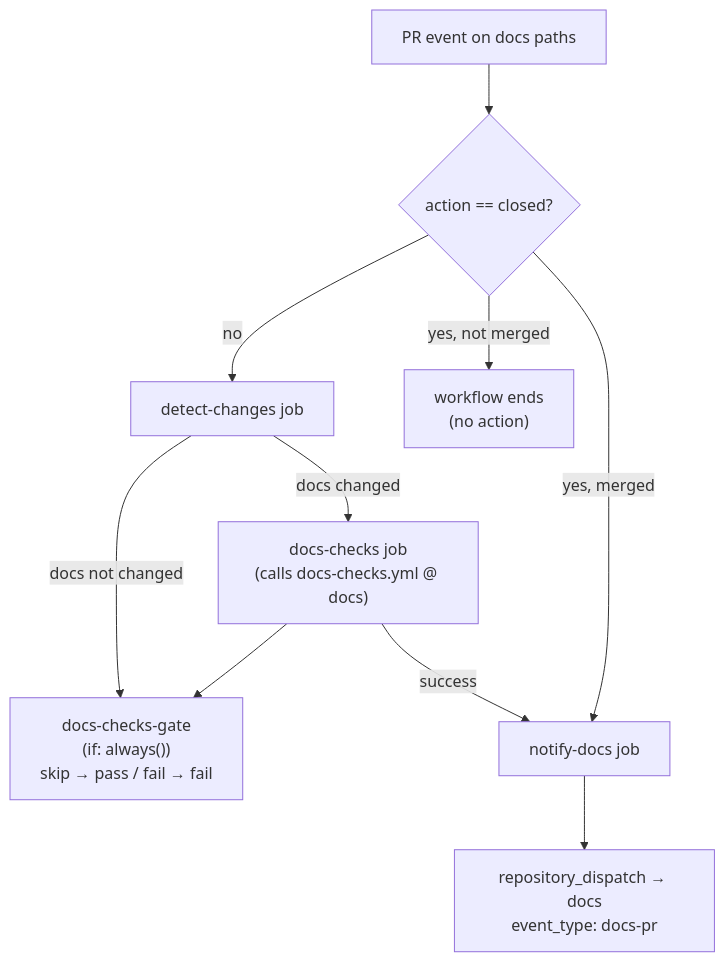
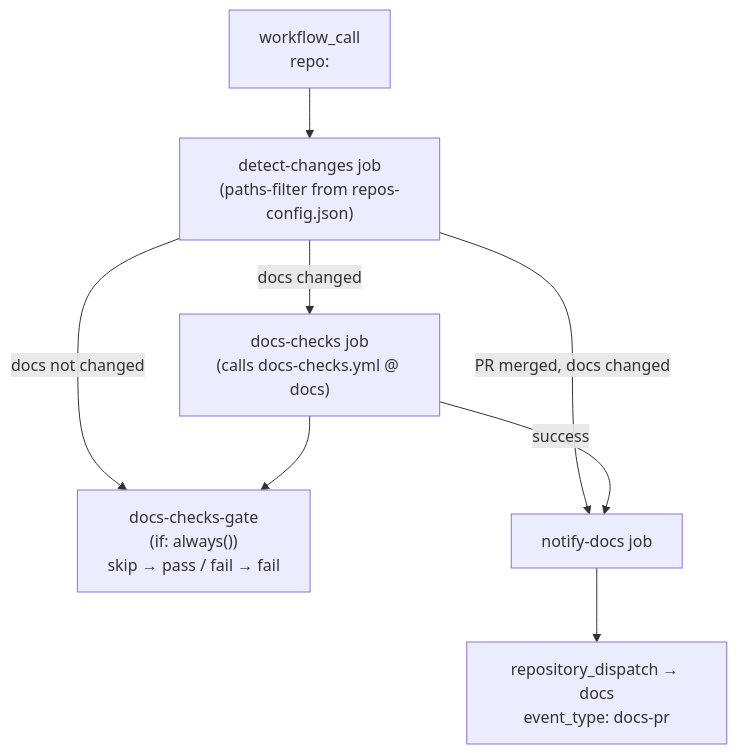
One commit to gardenlinux/docs changed the second of 5 diagrams in docs/contributing/documentation/ci-workflows-reference.md. Above: the diagram before and after it, drawn with Mermaid. The commit also changed other lines of this file and 8 other files, not shown here.

````diff
--- a/docs/contributing/documentation/ci-workflows-reference.md
+++ b/docs/contributing/documentation/ci-workflows-reference.md
@@ -97,19 +176,15 @@
 ```mermaid
 flowchart TD
-    A["PR event on docs paths"] --> B{action == closed?}
-    B -->|no| DC["detect-changes job"]
+    A["workflow_call<br/>repo: <name>"] --> DC["detect-changes job<br/>(paths-filter from repos-config.json)"]
     DC -->|docs changed| C["docs-checks job<br/>(calls docs-checks.yml @ docs)"]
     DC -->|docs not changed| GATE
-    C -->|success| D["notify-docs job"]
+    DC -->|PR merged, docs changed| D["notify-docs job"]
+    C -->|success| D
     C --> GATE
-    B -->|yes, merged| D
-    B -->|yes, not merged| E["workflow ends<br/>(no action)"]
     D --> F["repository_dispatch → docs<br/>event_type: docs-pr"]
     GATE["docs-checks-gate<br/>(if: always())<br/>skip → pass / fail → fail"]
 
     class A input
-    class C,D process
-    class B,DC decision
-    class E process
+    class C,D,DC process
     class F,GATE output
 ```
````
